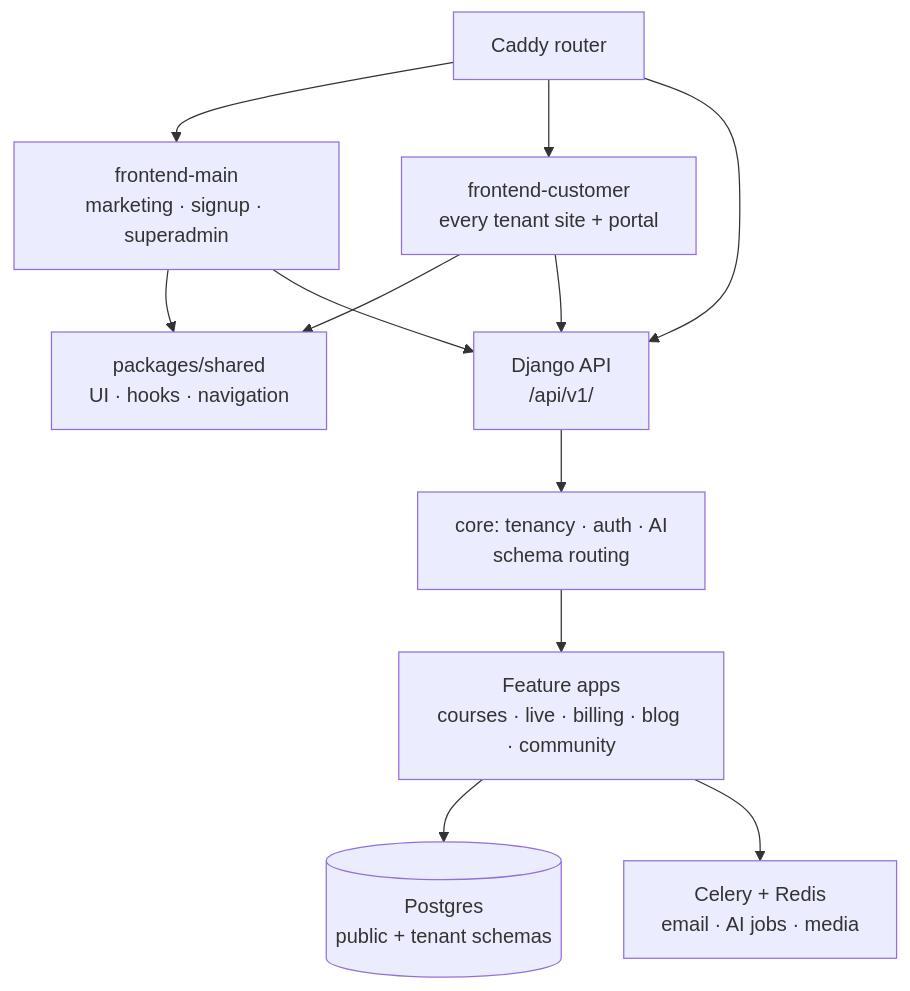
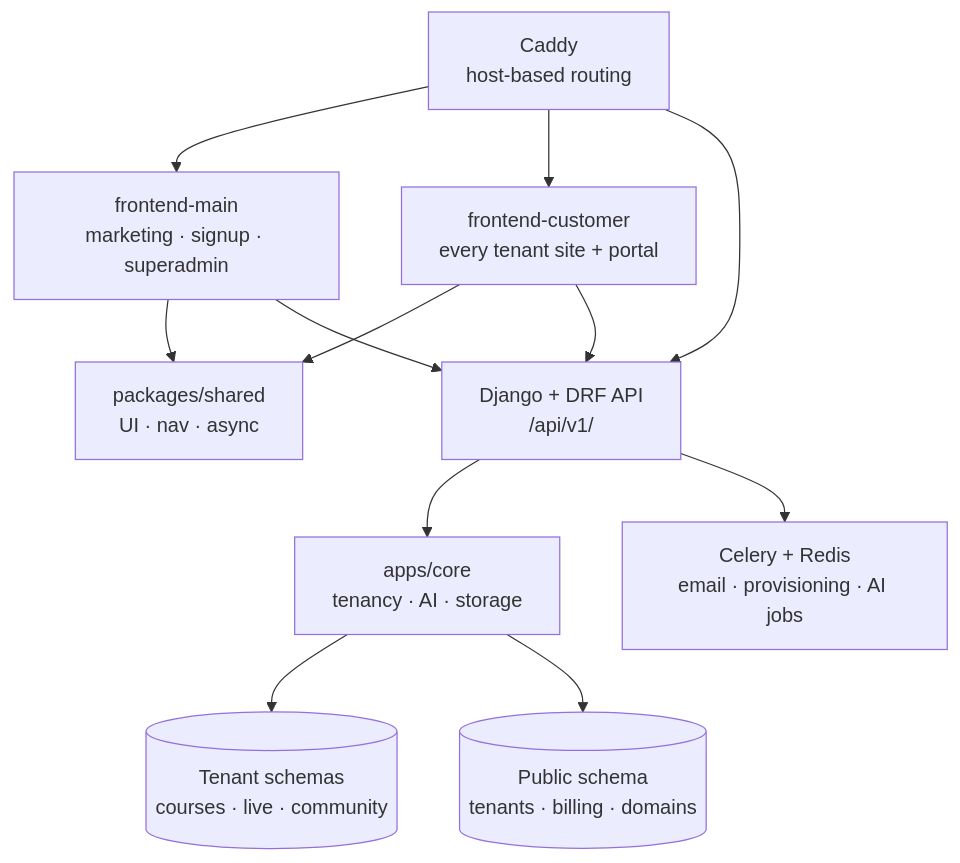
The diagram in docs/wiki/overview.md (tahayusufkomur/contentor), drawn with Mermaid before and after one commit. The commit also changed other lines of this file and 4 other files, not shown here.

````diff
--- a/docs/wiki/overview.md
+++ b/docs/wiki/overview.md
@@ -11,24 +11,24 @@
 ```mermaid
 graph TD
-    Caddy[Caddy router]
+    Caddy[Caddy<br/>host-based routing]
     Main[frontend-main<br/>marketing · signup · superadmin]
-    Cust[frontend-customer<br/>every tenant site + portal]
-    Shared[packages/shared<br/>UI · hooks · navigation]
-    Django[Django API<br/>/api/v1/]
-    Core[core: tenancy · auth · AI<br/>schema routing]
-    Feat[Feature apps<br/>courses · live · billing · blog · community]
-    DB[(Postgres<br/>public + tenant schemas)]
-    Celery[Celery + Redis<br/>email · AI jobs · media]
+    Customer[frontend-customer<br/>every tenant site + portal]
+    Shared[packages/shared<br/>UI · nav · async]
+    Django[Django + DRF API<br/>/api/v1/]
+    Core[apps/core<br/>tenancy · AI · storage]
+    Tenant[(Tenant schemas<br/>courses · live · community)]
+    Public[(Public schema<br/>tenants · billing · domains)]
+    Celery[Celery + Redis<br/>email · provisioning · AI jobs]
 
     Caddy --> Main
-    Caddy --> Cust
+    Caddy --> Customer
     Caddy --> Django
     Main --> Shared
-    Cust --> Shared
+    Customer --> Shared
     Main --> Django
-    Cust --> Django
+    Customer --> Django
     Django --> Core
-    Core --> Feat
-    Feat --> DB
-    Feat --> Celery
+    Core --> Tenant
+    Core --> Public
+    Django --> Celery
 ```
````
